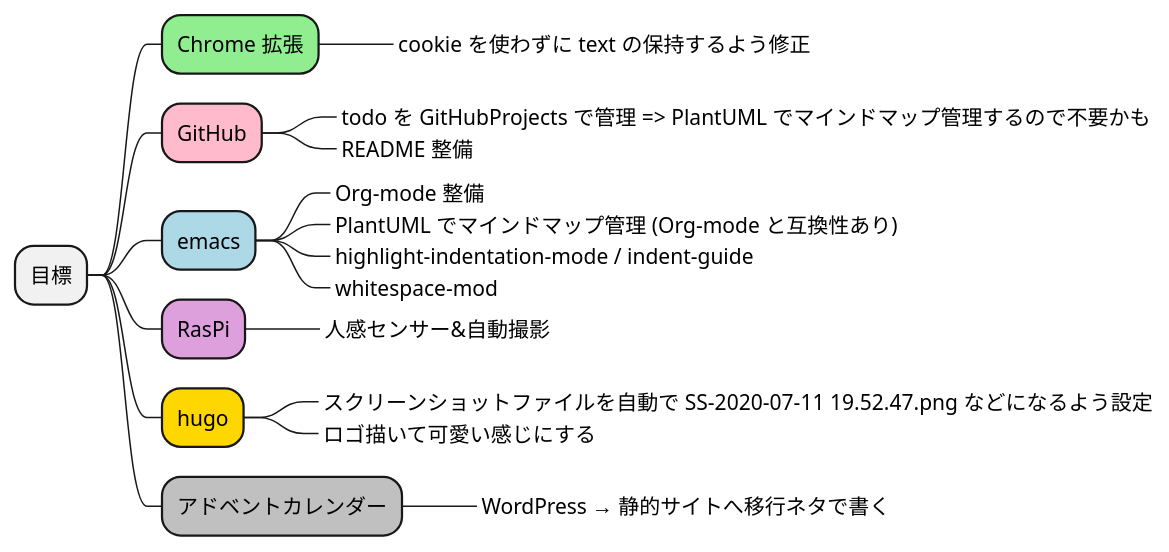
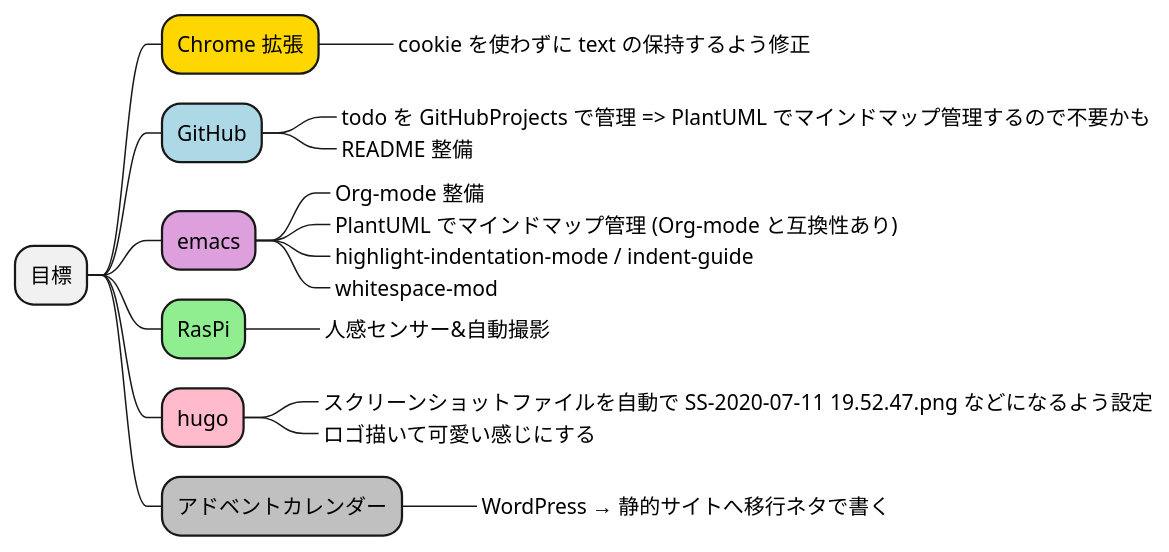
The diagram in test.puml (Ishizuka427/MindMap), drawn with PlantUML before and after one commit.

```diff
--- a/test.puml
+++ b/test.puml
@@ -1,20 +1,20 @@
 @startmindmap
 * 目標
-**[#lightgreen] Chrome 拡張
+**[#gold] Chrome 拡張
 ***_ cookie を使わずに text の保持するよう修正
-**[#FFBBCC] GitHub
+**[#lightblue] GitHub
 ***_ todo を GitHubProjects で管理 => PlantUML でマインドマップ管理するので不要かも
 ***_ README 整備
-**[#lightblue] emacs
+**[#plum] emacs
 ***_ Org-mode 整備
 ***_ PlantUML でマインドマップ管理 (Org-mode と互換性あり)
 ***_ highlight-indentation-mode / indent-guide
 ***_ whitespace-mod
-**[#plum] RasPi
+**[#lightgreen] RasPi
 ***_ 人感センサー&自動撮影
-**[#gold] hugo
+**[#FFBBCC] hugo
 ***_ スクリーンショットファイルを自動で SS-2020-07-11 19.52.47.png などになるよう設定
 ***_ ロゴ描いて可愛い感じにする
 **[#silver] アドベントカレンダー
 ***_ WordPress → 静的サイトへ移行ネタで書く
 @endmindmap
```
